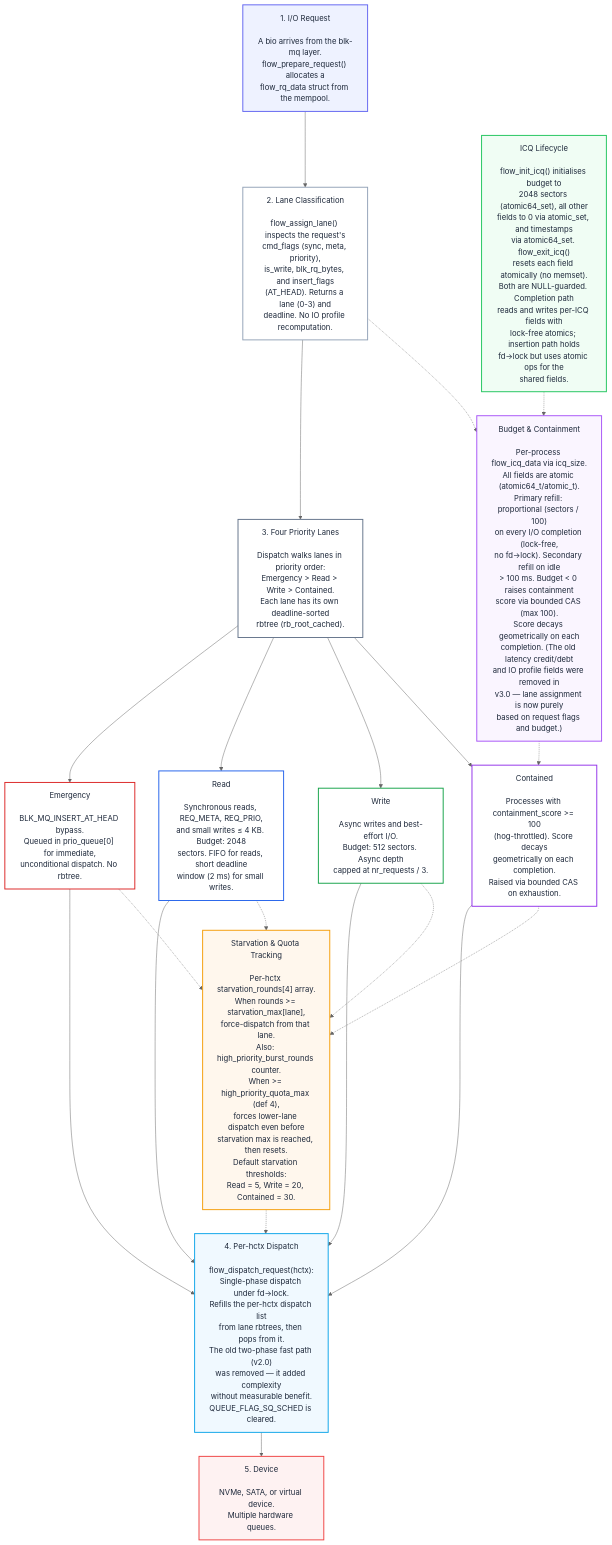
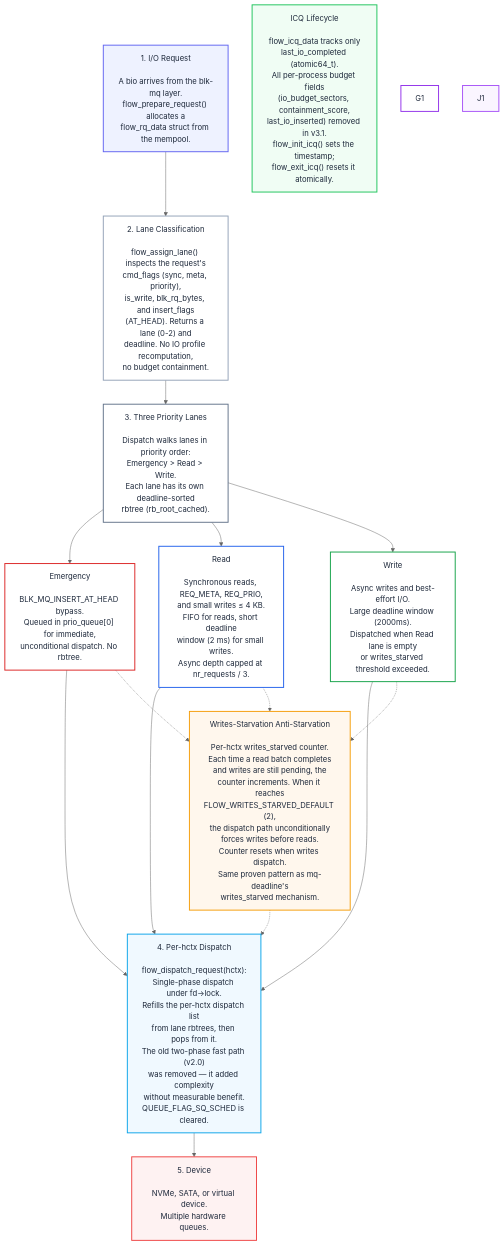
The diagram in README.md (galpt/flow-iosched), drawn with Mermaid (neutral theme) before and after one commit. The commit also changed other lines of this file and 1 other file, not shown here.

```diff
--- a/README.md
+++ b/README.md
@@ -41,13 +41,14 @@
 flow_assign_lane() inspects the request's
 cmd_flags (sync, meta, priority),
 is_write, blk_rq_bytes, and insert_flags
-(AT_HEAD). Returns a lane (0-3) and
-deadline. No IO profile recomputation."]
+(AT_HEAD). Returns a lane (0-2) and
+deadline. No IO profile recomputation,
+no budget containment."]
 
-    N3["3. Four Priority Lanes
+    N3["3. Three Priority Lanes
 
 Dispatch walks lanes in priority order:
-Emergency > Read > Write > Contained.
+Emergency > Read > Write.
 Each lane has its own deadline-sorted
 rbtree (rb_root_cached)."]
 
@@ -60,22 +61,17 @@
     D1["Read
 
 Synchronous reads, REQ_META, REQ_PRIO,
-and small writes ≤ 4 KB. Budget: 2048
-sectors. FIFO for reads, short deadline
-window (2 ms) for small writes."]
+and small writes ≤ 4 KB.
+FIFO for reads, short deadline
+window (2 ms) for small writes.
+Async depth capped at nr_requests / 3."]
 
     F1["Write
 
 Async writes and best-effort I/O.
-Budget: 512 sectors. Async depth
-capped at nr_requests / 3."]
-
-    G1["Contained
-
-Processes with containment_score >= 100
-(hog-throttled). Score decays
-geometrically on each completion.
-Raised via bounded CAS on exhaustion."]
+Large deadline window (2000ms).
+Dispatched when Read lane is empty
+or writes_starved threshold exceeded."]
 
     H1["4. Per-hctx Dispatch
 
@@ -93,66 +89,43 @@
 NVMe, SATA, or virtual device.
 Multiple hardware queues."]
 
-    J1["Budget & Containment
+    K1["Writes-Starvation Anti-Starvation
 
-Per-process flow_icq_data via icq_size.
-All fields are atomic (atomic64_t/atomic_t).
-Primary refill: proportional (sectors / 100)
-on every I/O completion (lock-free,
-no fd->lock). Secondary refill on idle
-> 100 ms. Budget < 0 raises containment
-score via bounded CAS (max 100).
-Score decays geometrically on each
-completion. (The old latency credit/debt
-and IO profile fields were removed in
-v3.0 — lane assignment is now purely
-based on request flags and budget.)"]
-
-    K1["Starvation & Quota Tracking
-
-Per-hctx starvation_rounds[4] array.
-When rounds >= starvation_max[lane],
-force-dispatch from that lane.
-Also: high_priority_burst_rounds counter.
-When >= high_priority_quota_max (def 4),
-forces lower-lane dispatch even before
-starvation max is reached, then resets.
-Default starvation thresholds:
-Read = 5, Write = 20, Contained = 30."]
+Per-hctx writes_starved counter.
+Each time a read batch completes
+and writes are still pending, the
+counter increments. When it reaches
+FLOW_WRITES_STARVED_DEFAULT (2),
+the dispatch path unconditionally
+forces writes before reads.
+Counter resets when writes dispatch.
+Same proven pattern as mq-deadline's
+writes_starved mechanism."]
 
     L1["ICQ Lifecycle
 
-flow_init_icq() initialises budget to
-2048 sectors (atomic64_set), all other
-fields to 0 via atomic_set, and timestamps
-via atomic64_set. flow_exit_icq()
-resets each field atomically (no memset).
-Both are NULL-guarded. Completion path
-reads and writes per-ICQ fields with
-lock-free atomics; insertion path holds
-fd->lock but uses atomic ops for the
-shared fields."]
+flow_icq_data tracks only
+last_io_completed (atomic64_t).
+All per-process budget fields
+(io_budget_sectors, containment_score,
+last_io_inserted) removed in v3.1.
+flow_init_icq() sets the timestamp;
+flow_exit_icq() resets it atomically."]
 
     A1 --> B1
     B1 --> N3
     N3 --> C1
     N3 --> D1
     N3 --> F1
-    N3 --> G1
     C1 --> H1
     D1 --> H1
     F1 --> H1
-    G1 --> H1
     H1 --> I1
 
-    B1 -.-> J1
-    J1 -.-> G1
     C1 -.-> K1
     D1 -.-> K1
     F1 -.-> K1
-    G1 -.-> K1
     K1 -.-> H1
-    L1 -.-> J1
 
     style A1 fill:#eef2ff,stroke:#6366f1,stroke-width:2,color:#1e293b
     style B1 fill:#fff,stroke:#94a3b8,stroke-width:2,color:#1e293b
```
